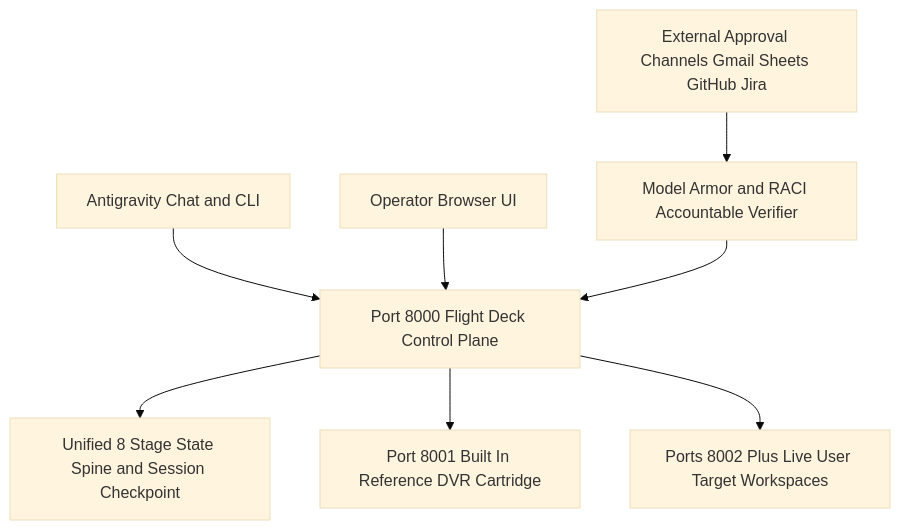
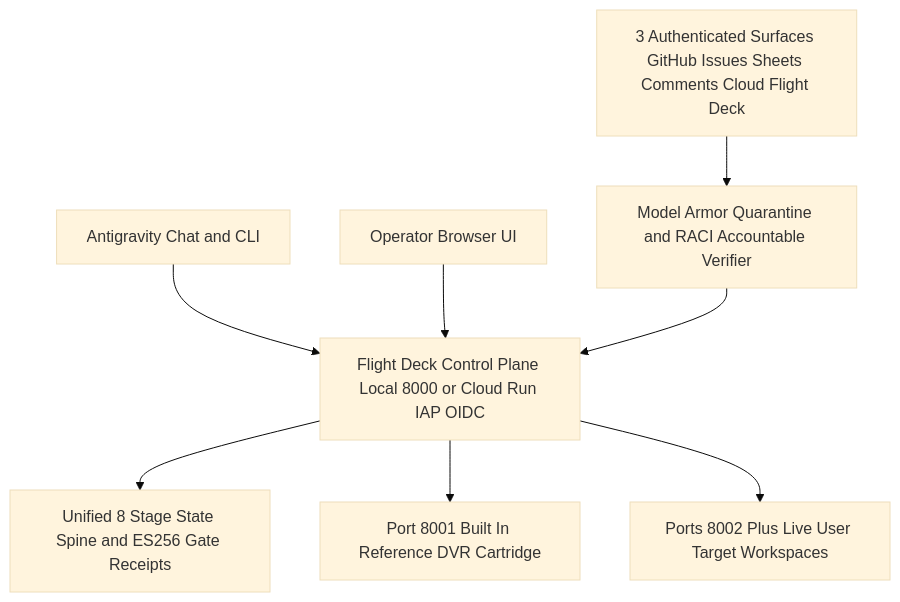
One commit to cwserna/asdlc-customer-kit changed the second of 3 diagrams in ASDLC_OPERATOR_RUNBOOK.md. Above: the diagram before and after it, drawn with Mermaid (base theme). The commit also changed other lines of this file and 17 other files, not shown here.

````diff
--- a/ASDLC_OPERATOR_RUNBOOK.md
+++ b/ASDLC_OPERATOR_RUNBOOK.md
@@ -576,10 +616,10 @@
 ```mermaid
 flowchart TD
-    Chat["Antigravity Chat and CLI"] --> ControlPlane["Port 8000 Flight Deck Control Plane"]
+    Chat["Antigravity Chat and CLI"] --> ControlPlane["Flight Deck Control Plane Local 8000 or Cloud Run IAP OIDC"]
     Browser["Operator Browser UI"] --> ControlPlane
-    ExtChannels["External Approval Channels Gmail Sheets GitHub Jira"] --> ModelArmor["Model Armor and RACI Accountable Verifier"]
+    ExtChannels["3 Authenticated Surfaces GitHub Issues Sheets Comments Cloud Flight Deck"] --> ModelArmor["Model Armor Quarantine and RACI Accountable Verifier"]
     ModelArmor --> ControlPlane
-    ControlPlane --> Spine["Unified 8 Stage State Spine and Session Checkpoint"]
+    ControlPlane --> Spine["Unified 8 Stage State Spine and ES256 Gate Receipts"]
     ControlPlane --> DVR["Port 8001 Built In Reference DVR Cartridge"]
     ControlPlane --> TargetApps["Ports 8002 Plus Live User Target Workspaces"]
 ```
````
